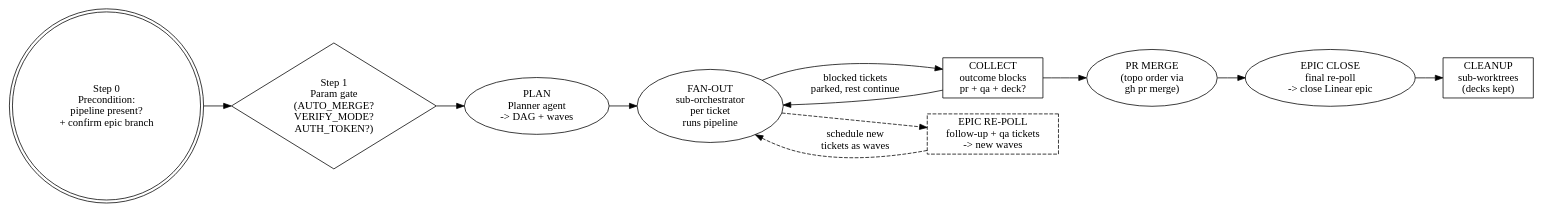
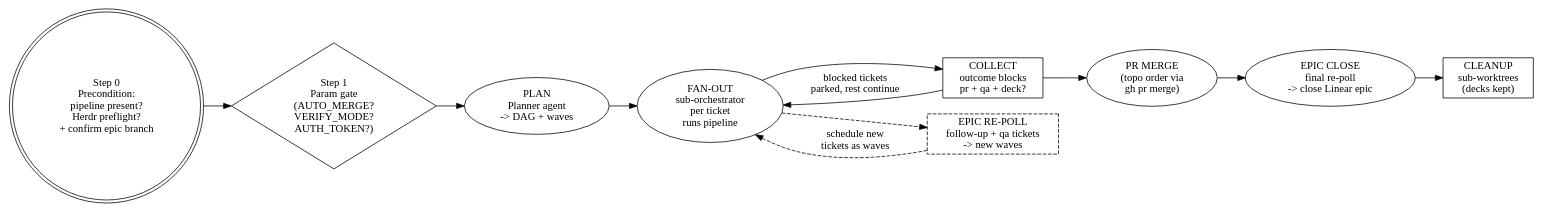
The diagram in skills/dark-factory/SKILL.md (jparr721/jp-skills), drawn with Graphviz before and after one commit. The commit also changed other lines of this file and 2 other files, not shown here.

Commit message:
feat(dark-factory): run each worker in a Herdr pane on the chosen agent

````diff
--- a/skills/dark-factory/SKILL.md
+++ b/skills/dark-factory/SKILL.md
@@ -86,19 +93,19 @@
 ```dot
 digraph dark_factory {
   rankdir=LR;
-  intake   [label="Step 0\nPrecondition:\npipeline present?\n+ confirm epic branch" shape=doublecircle];
+  intake   [label="Step 0\nPrecondition:\npipeline present?\nHerdr preflight?\n+ confirm epic branch" shape=doublecircle];
   gate     [label="Step 1\nParam gate\n(AUTO_MERGE?\nVERIFY_MODE?\nAUTH_TOKEN?)" shape=diamond];
   plan     [label="PLAN\nPlanner agent\n-> DAG + waves"];
   fanout   [label="FAN-OUT\nsub-orchestrator\nper ticket\nruns pipeline"];
   collect  [label="COLLECT\noutcome blocks\npr + qa + deck?" shape=box];
   merge    [label="PR MERGE\n(topo order via\ngh pr merge)"];
   close    [label="EPIC CLOSE\nfinal re-poll\n-> close Linear epic"];
   cleanup  [label="CLEANUP\nsub-worktrees\n(decks kept)" shape=box];
   backfill [label="EPIC RE-POLL\nfollow-up + qa tickets\n-> new waves" shape=box style=dashed];
 
   intake -> gate -> plan -> fanout -> collect -> merge -> close -> cleanup;
   collect -> fanout [label="blocked tickets\nparked, rest continue"];
   fanout -> backfill [style=dashed];
   backfill -> fanout [label="schedule new\ntickets as waves" style=dashed];
 }
 ```
````
